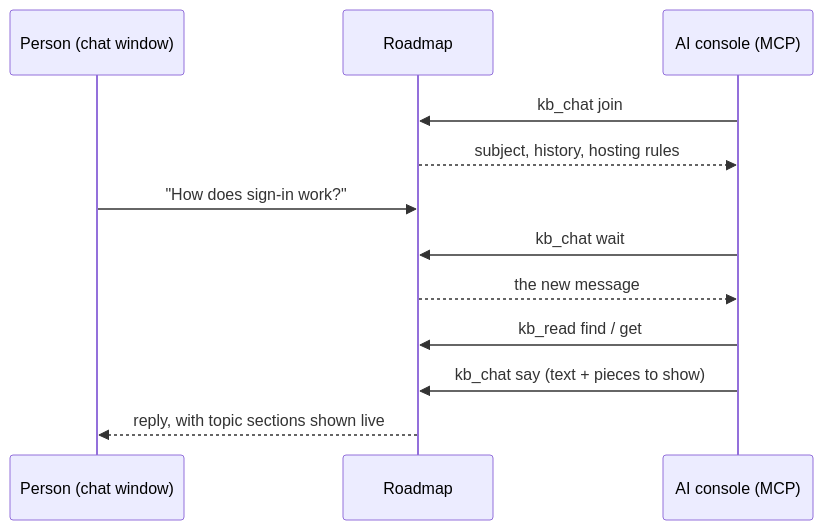
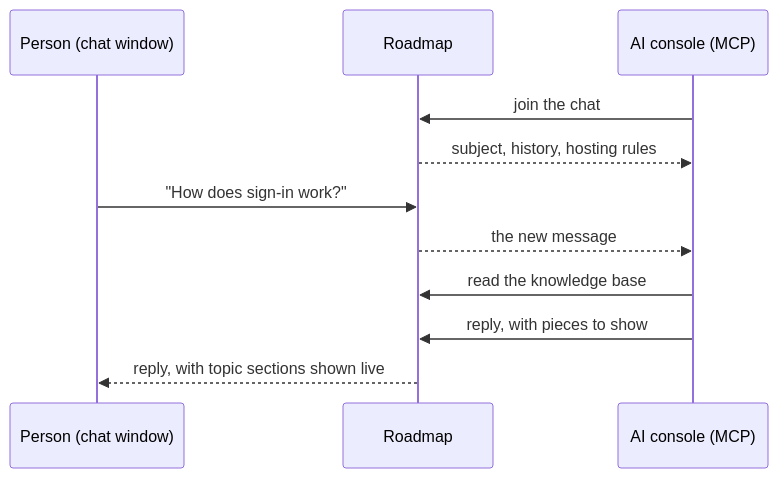
One commit to roadmap-mcp/roadmap-mcp.github.io changed the diagram in docs/knowledge-base/chat.md. Above: the diagram before and after it, drawn with Mermaid. The commit also changed other lines of this file and 17 other files, not shown here.

````diff
--- a/docs/knowledge-base/chat.md
+++ b/docs/knowledge-base/chat.md
@@ -16,14 +16,13 @@
 ```mermaid
 sequenceDiagram
   participant P as Person (chat window)
   participant R as Roadmap
   participant A as AI console (MCP)
-  A->>R: kb_chat join
+  A->>R: join the chat
   R-->>A: subject, history, hosting rules
   P->>R: "How does sign-in work?"
-  A->>R: kb_chat wait
   R-->>A: the new message
-  A->>R: kb_read find / get
-  A->>R: kb_chat say (text + pieces to show)
+  A->>R: read the knowledge base
+  A->>R: reply, with pieces to show
   R-->>P: reply, with topic sections shown live
 ```
````
